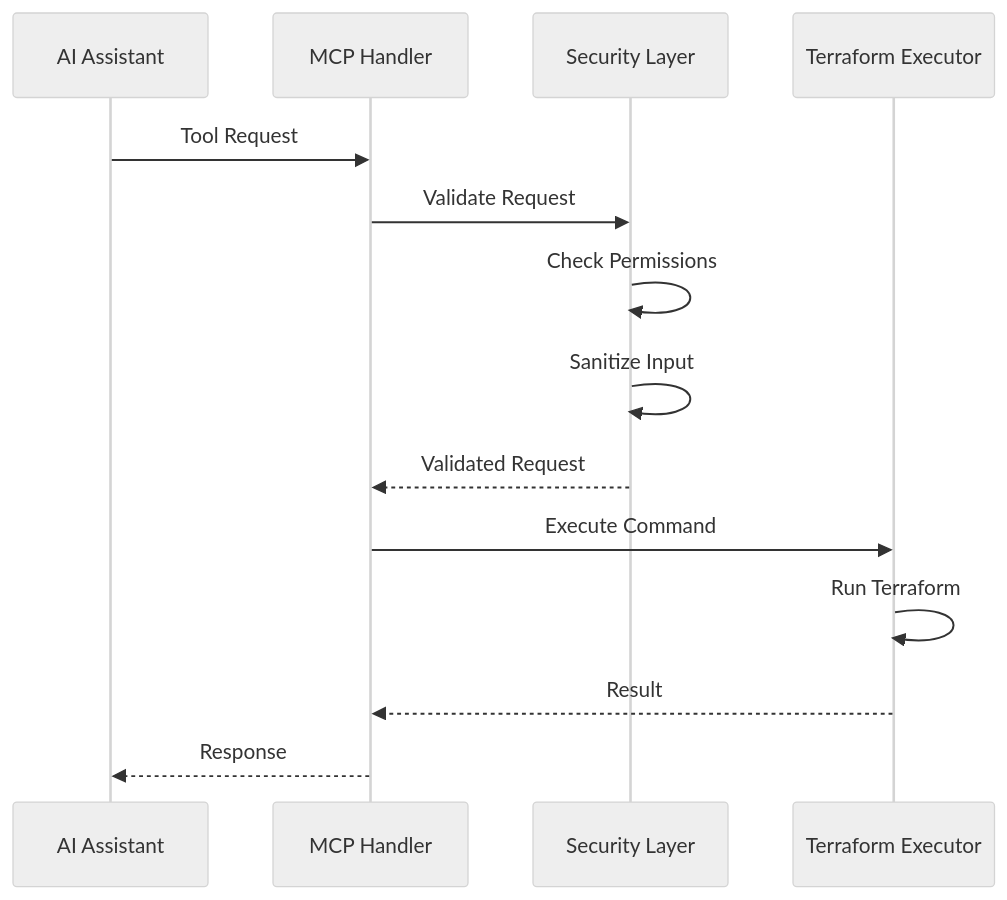
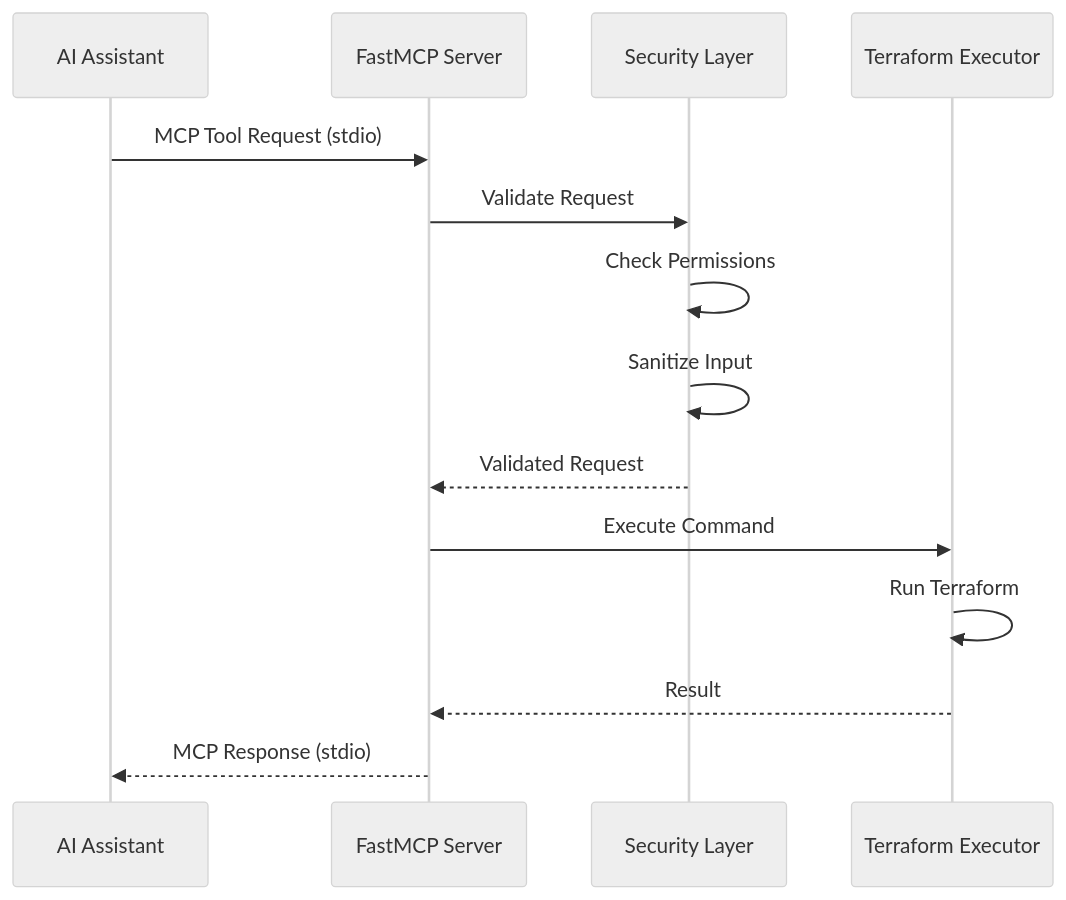
One commit to aj-geddes/terry-form-mcp changed the second of 7 diagrams in docs/_architecture/overview.md. Above: the diagram before and after it, drawn with Mermaid (neutral theme). The commit also changed other lines of this file and 80 other files, not shown here.

````diff
--- a/docs/_architecture/overview.md
+++ b/docs/_architecture/overview.md
@@ -88,17 +74,17 @@
 ```mermaid
 sequenceDiagram
     participant Client as AI Assistant
-    participant MCP as MCP Handler
+    participant MCP as FastMCP Server
     participant Security as Security Layer
     participant Executor as Terraform Executor
-    
-    Client->>MCP: Tool Request
+
+    Client->>MCP: MCP Tool Request (stdio)
     MCP->>Security: Validate Request
     Security->>Security: Check Permissions
     Security->>Security: Sanitize Input
     Security-->>MCP: Validated Request
     MCP->>Executor: Execute Command
     Executor->>Executor: Run Terraform
     Executor-->>MCP: Result
-    MCP-->>Client: Response
+    MCP-->>Client: MCP Response (stdio)
 ```
````
